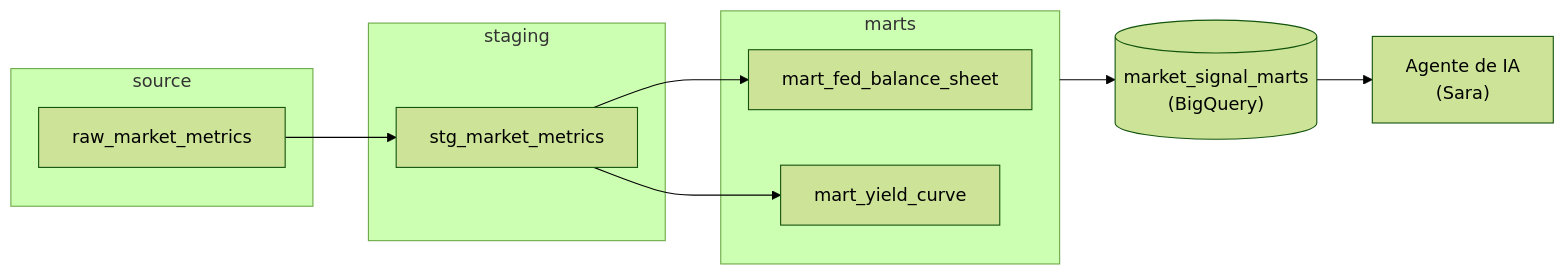
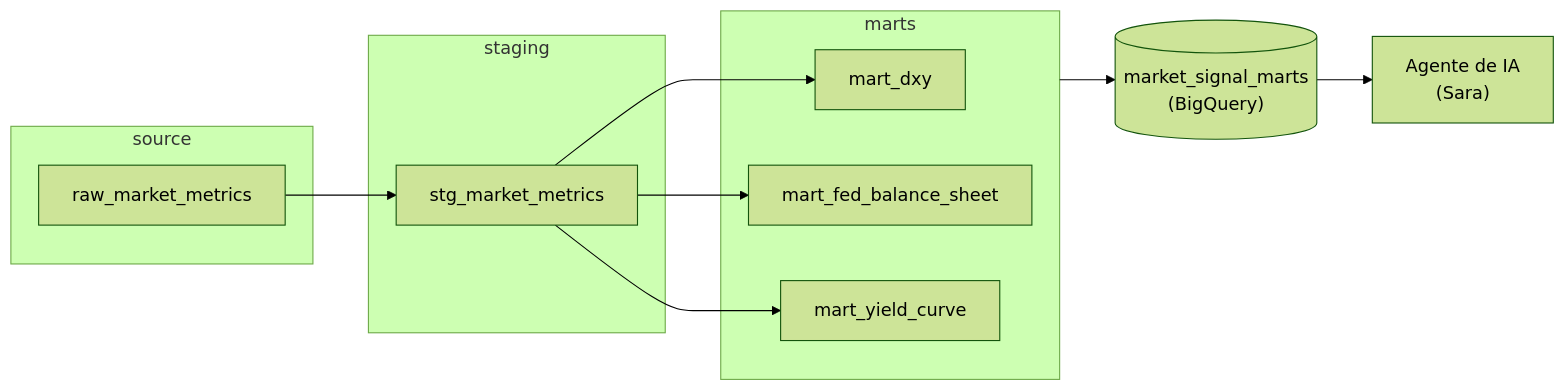
Before and after one commit to ggsergi/market-signal-stack: the diagram in README.md, drawn with Mermaid (forest theme). The commit also changed other lines of this file, not shown here.

First line of the commit message:
Update README lineage diagram and status for the DXY indicator

````diff
--- a/README.md
+++ b/README.md
@@ -18,18 +18,20 @@
 ```mermaid
 flowchart LR
     subgraph source["source"]
         raw_market_metrics["raw_market_metrics"]
     end
     subgraph staging["staging"]
         stg_market_metrics["stg_market_metrics"]
     end
     subgraph marts["marts"]
+        mart_dxy["mart_dxy"]
         mart_fed_balance_sheet["mart_fed_balance_sheet"]
         mart_yield_curve["mart_yield_curve"]
     end
     raw_market_metrics --> stg_market_metrics
+    stg_market_metrics --> mart_dxy
     stg_market_metrics --> mart_fed_balance_sheet
     stg_market_metrics --> mart_yield_curve
     marts --> market_signal_marts[("market_signal_marts<br/>(BigQuery)")]
     market_signal_marts --> agent["Agente de IA<br/>(Sara)"]
 ```
````
